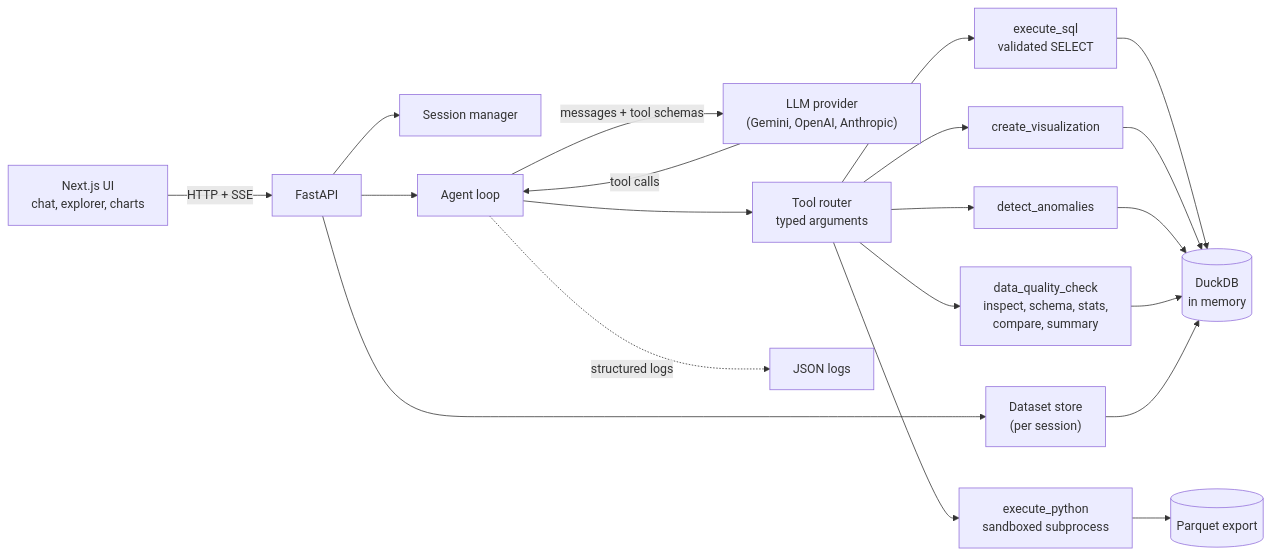
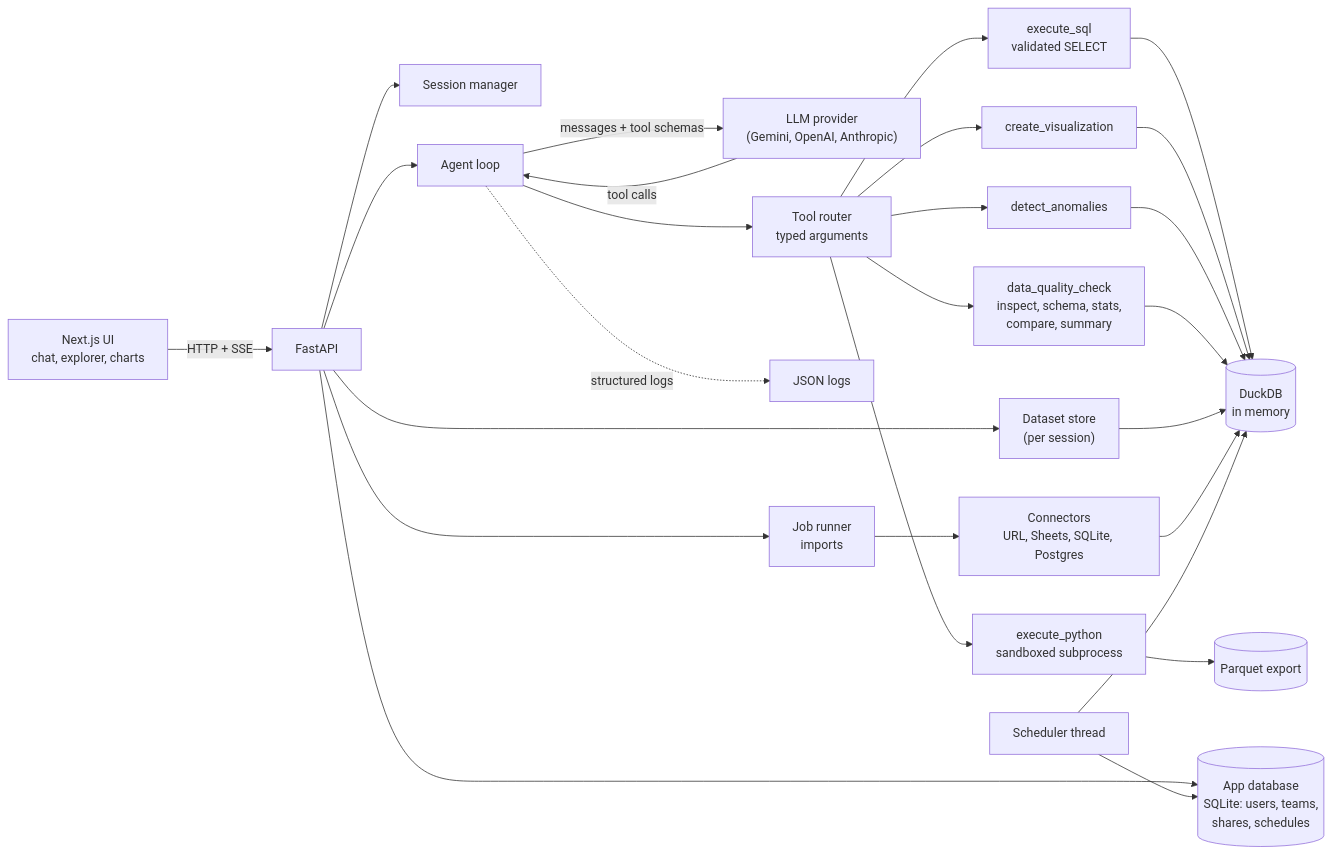
One commit to ajitashwath/datapilot changed the diagram in README.md. Above: the diagram before and after it, drawn with Mermaid. The commit also changed other lines of this file and 47 other files, not shown here.

````diff
--- a/README.md
+++ b/README.md
@@ -30,22 +34,28 @@
 ```mermaid
 flowchart LR
     UI["Next.js UI<br/>chat, explorer, charts"] -- "HTTP + SSE" --> API["FastAPI"]
     API --> SM["Session manager"]
     API --> DM["Dataset store<br/>(per session)"]
     API --> AG["Agent loop"]
     AG -- "messages + tool schemas" --> LLM["LLM provider<br/>(Gemini, OpenAI, Anthropic)"]
     LLM -- "tool calls" --> AG
     AG --> TR["Tool router<br/>typed arguments"]
     TR --> SQL["execute_sql<br/>validated SELECT"]
     TR --> PY["execute_python<br/>sandboxed subprocess"]
     TR --> VIZ["create_visualization"]
     TR --> AN["detect_anomalies"]
     TR --> DQ["data_quality_check<br/>inspect, schema, stats,<br/>compare, summary"]
     SQL --> DDB[("DuckDB<br/>in memory")]
     PY --> PQ[("Parquet export")]
     VIZ --> DDB
     AN --> DDB
     DQ --> DDB
     DM --> DDB
     AG -. "structured logs" .-> LOG["JSON logs"]
+    API --> APPDB[("App database<br/>SQLite: users, teams,<br/>shares, schedules")]
+    API --> JOBS["Job runner<br/>imports"]
+    JOBS --> CON["Connectors<br/>URL, Sheets, SQLite, Postgres"]
+    CON --> DDB
+    SCH["Scheduler thread"] --> APPDB
+    SCH --> DDB
 ```
````
